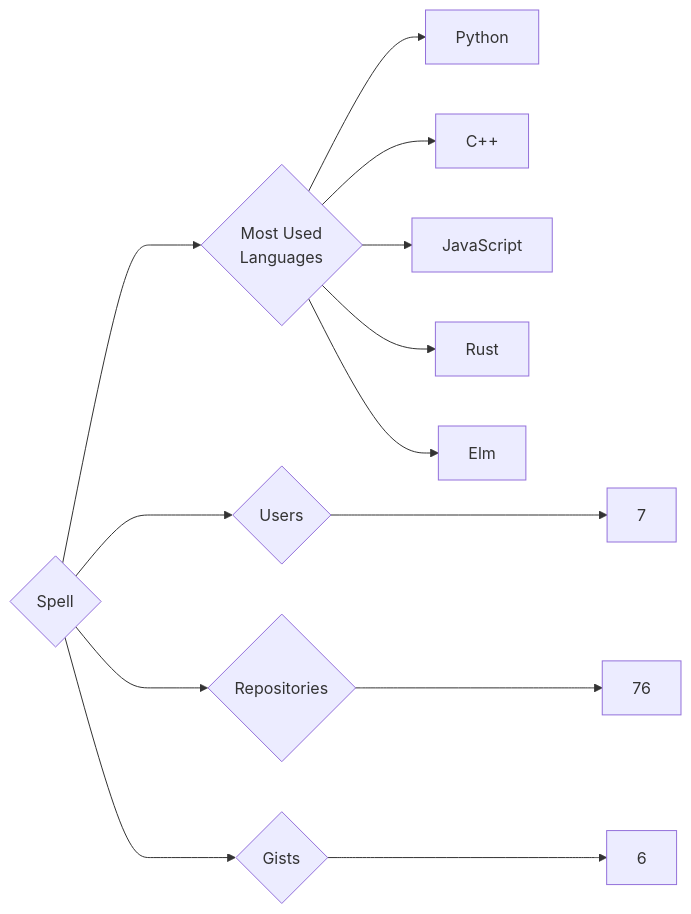
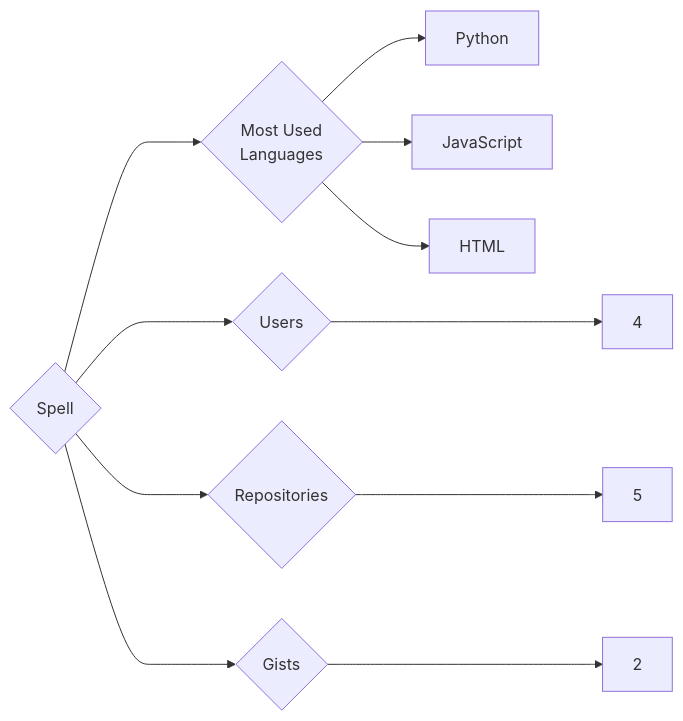
Before and after one commit to trickest/insiders: the diagram in targets/Spell/README.md, drawn with Mermaid. The commit also changed 1508 other files, not shown here.

````diff
--- a/targets/Spell/README.md
+++ b/targets/Spell/README.md
@@ -3,13 +3,11 @@
 ```mermaid
 graph LR
 COMPANY_NAME{Spell}
-COMPANY_NAME ---> U{Users} ---> UN[7]
-COMPANY_NAME ---> R{Repositories} ---> RN[76]
-COMPANY_NAME ---> G{Gists} ---> GN[6]
+COMPANY_NAME ---> U{Users} ---> UN[4]
+COMPANY_NAME ---> R{Repositories} ---> RN[5]
+COMPANY_NAME ---> G{Gists} ---> GN[2]
 COMPANY_NAME ---> ML{Most Used<br>Languages}
 ML --> Python[Python]
-ML --> C++[C++]
 ML --> JavaScript[JavaScript]
-ML --> Rust[Rust]
-ML --> Elm[Elm]
+ML --> HTML[HTML]
 ```
````
